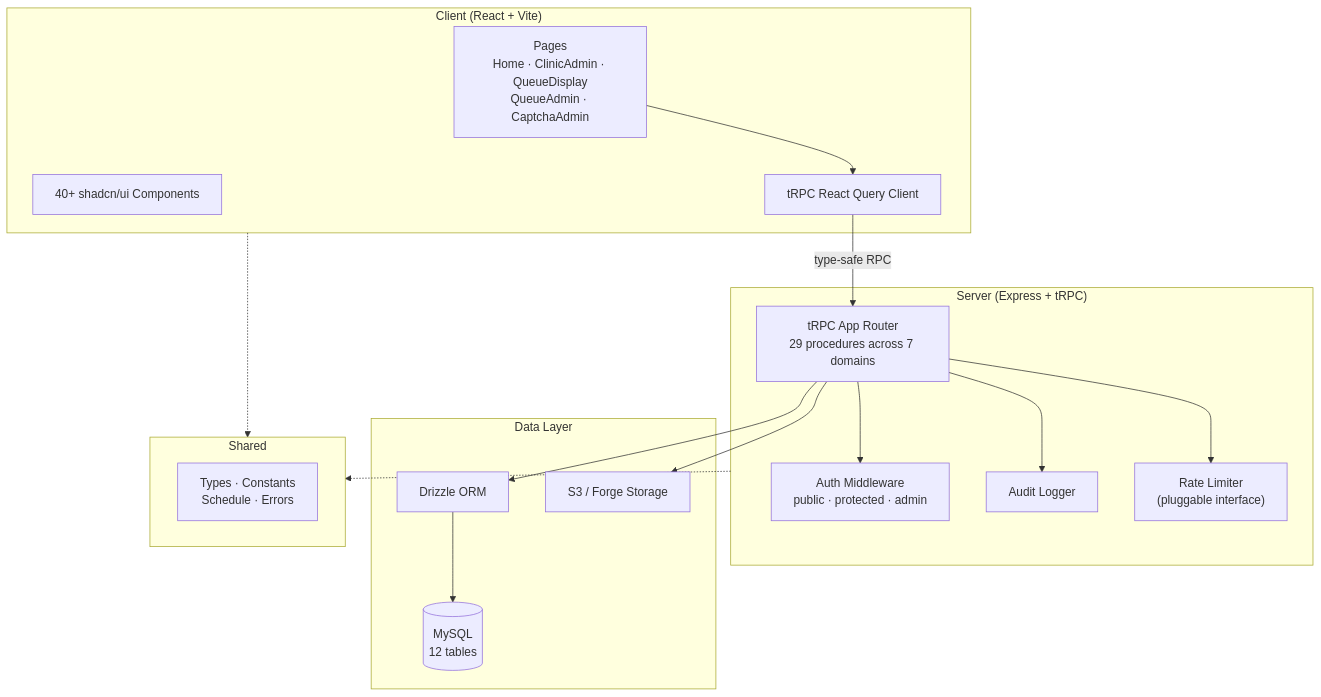
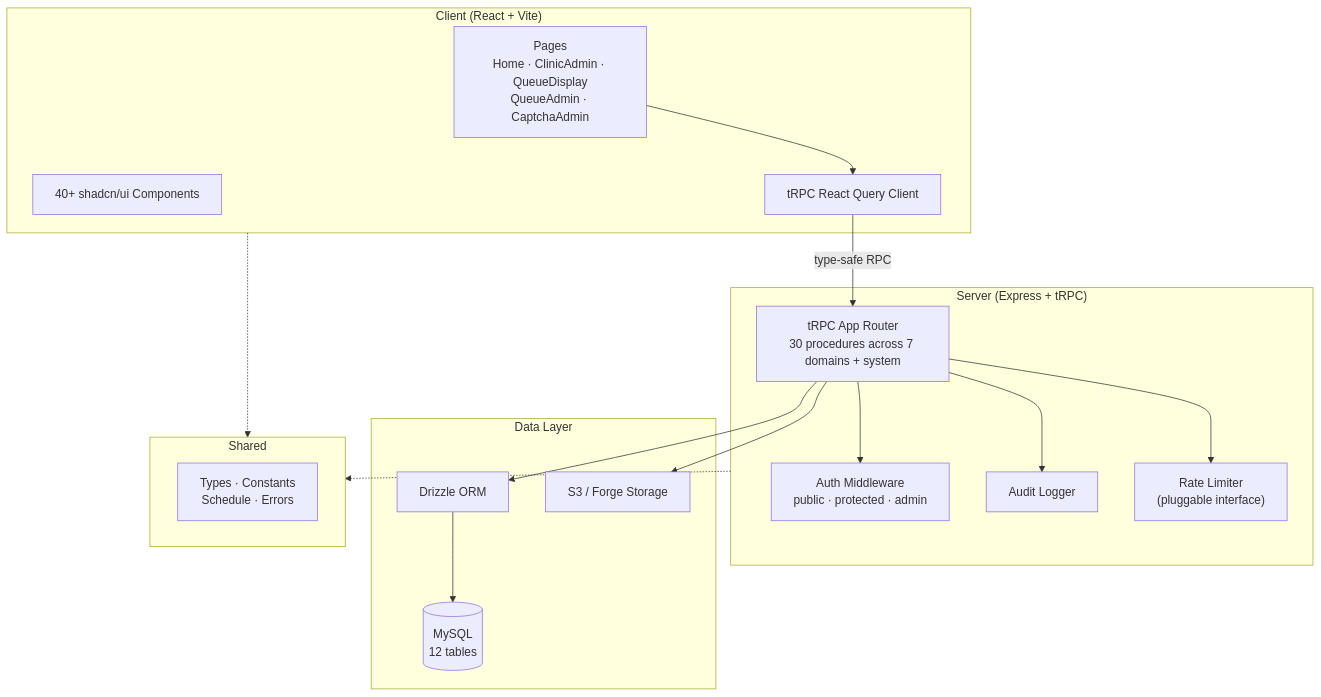
The first of 2 diagrams in README.md (nhasibuan/primecare-clinic-reimagined), drawn with Mermaid before and after one commit. The commit also changed other lines of this file and 116 other files, not shown here.

````diff
--- a/README.md
+++ b/README.md
@@ -63,36 +63,36 @@
 ```mermaid
 flowchart TD
     subgraph Client["Client (React + Vite)"]
         Pages["Pages<br/>Home · ClinicAdmin · QueueDisplay<br/>QueueAdmin · CaptchaAdmin"]
         Components["40+ shadcn/ui Components"]
         tRPCClient["tRPC React Query Client"]
     end
 
     subgraph Server["Server (Express + tRPC)"]
-        Router["tRPC App Router<br/>29 procedures across 7 domains"]
+        Router["tRPC App Router<br/>30 procedures across 7 domains + system"]
         Auth["Auth Middleware<br/>public · protected · admin"]
         AuditLog["Audit Logger"]
         RateLimiter["Rate Limiter<br/>(pluggable interface)"]
     end
 
     subgraph Data["Data Layer"]
         Drizzle["Drizzle ORM"]
         MySQL[("MySQL<br/>12 tables")]
         S3["S3 / Forge Storage"]
     end
 
     subgraph Shared["Shared"]
         Types["Types · Constants<br/>Schedule · Errors"]
     end
 
     Pages --> tRPCClient
     tRPCClient -->|"type-safe RPC"| Router
     Router --> Auth
     Router --> AuditLog
     Router --> RateLimiter
     Router --> Drizzle
     Drizzle --> MySQL
     Router --> S3
     Client -.-> Shared
     Server -.-> Shared
 ```
````
